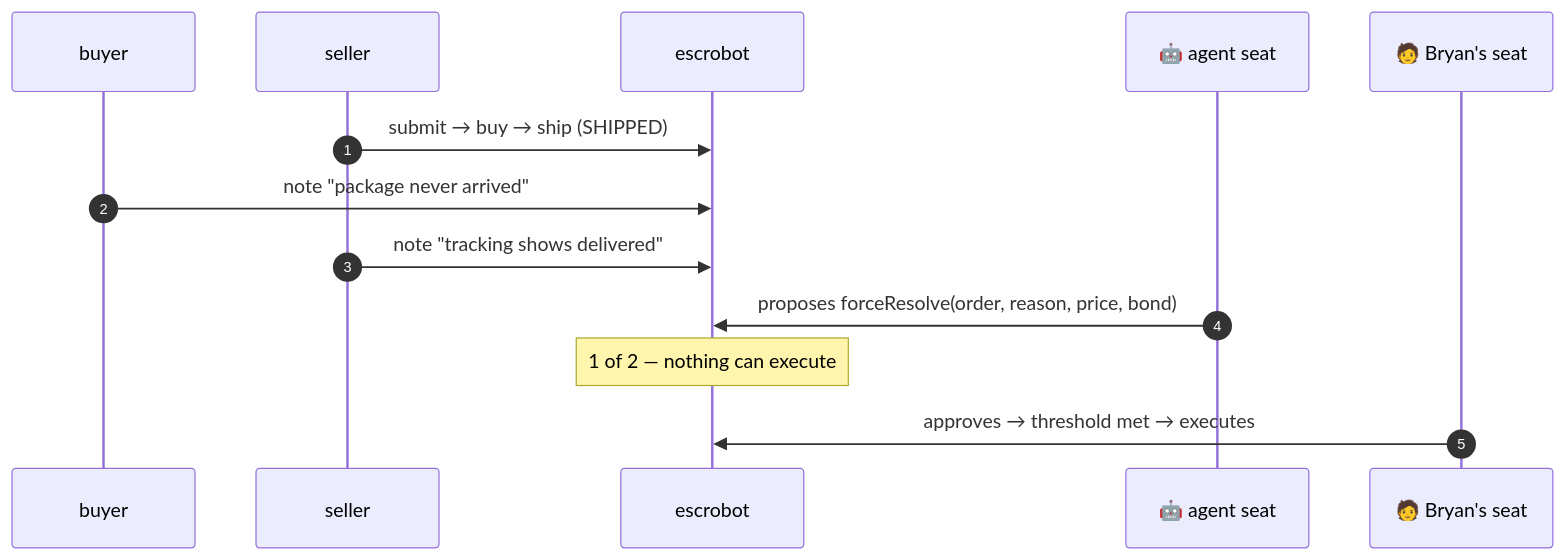
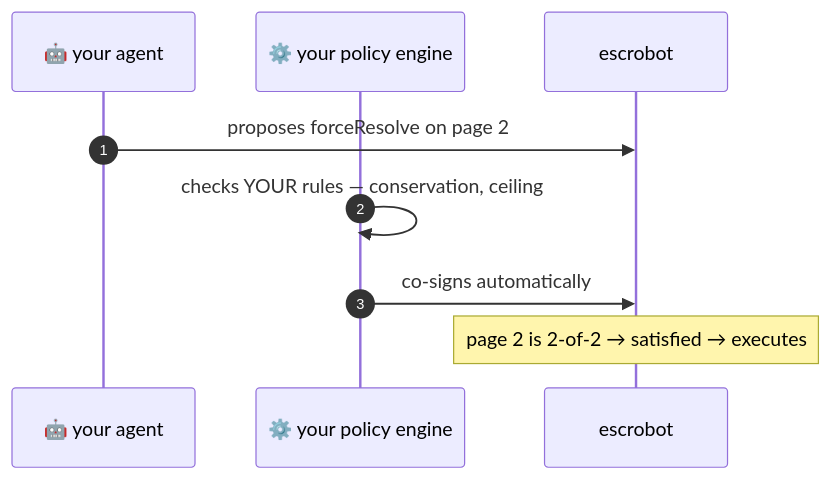
Before and after one commit to certenIO/certen-validator: the diagram in docs/demo/carp-panel-brief.md, drawn with Mermaid. The commit also changed other lines of this file and 7 other files, not shown here.

````diff
--- a/docs/demo/carp-panel-brief.md
+++ b/docs/demo/carp-panel-brief.md
@@ -28,15 +54,11 @@
 ```mermaid
 sequenceDiagram
     autonumber
-    participant BU as buyer
-    participant SE as seller
+    participant AG as 🤖 your agent
+    participant PO as ⚙️ your policy engine
     participant ESC as escrobot
-    participant AG as 🤖 agent seat
-    participant BR as 🧑 Bryan's seat
-    SE->>ESC: submit → buy → ship (SHIPPED)
-    BU->>ESC: note "package never arrived"
-    SE->>ESC: note "tracking shows delivered"
-    AG->>ESC: proposes forceResolve(order, reason, price, bond)
-    Note over ESC: 1 of 2 — nothing can execute
-    BR->>ESC: approves → threshold met → executes
+    AG->>ESC: proposes forceResolve on page 2
+    PO->>PO: checks YOUR rules — conservation, ceiling
+    PO->>ESC: co-signs automatically
+    Note over ESC: page 2 is 2-of-2 → satisfied → executes
 ```
````
